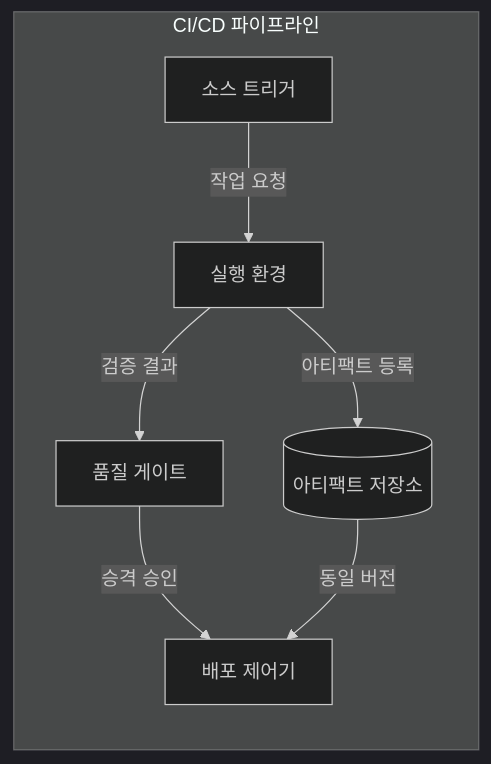
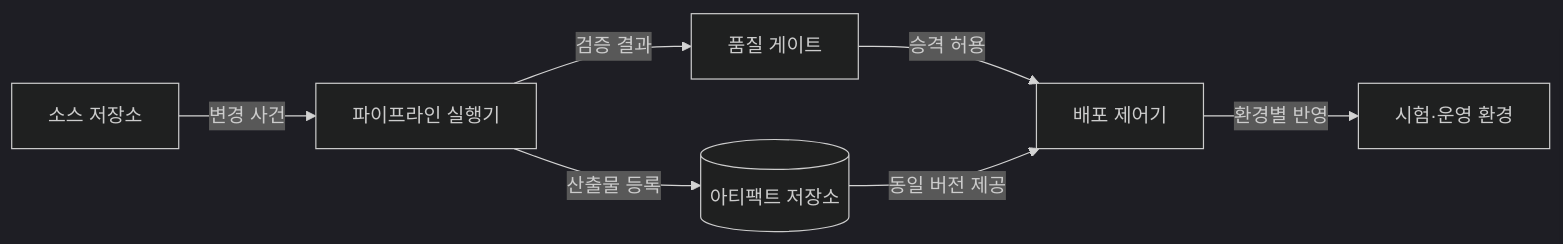
The first of 2 diagrams in src/content/docs/notes/03-software/053_ci_cd_pipeline.md (agnusdei1207/knowledge-base), drawn with Mermaid (dark theme) before and after one commit. The commit also changed other lines of this file and 7 other files, not shown here.

````diff
--- a/src/content/docs/notes/03-software/053_ci_cd_pipeline.md
+++ b/src/content/docs/notes/03-software/053_ci_cd_pipeline.md
@@ -62,15 +55,9 @@
 ```mermaid
 flowchart LR
-    subgraph P[CI/CD 파이프라인]
-        T[소스 트리거]
-        E[실행 환경]
-        Q[품질 게이트]
-        A[(아티팩트 저장소)]
-        D[배포 제어기]
-        T -->|작업 요청| E
-        E -->|검증 결과| Q
-        E -->|아티팩트 등록| A
-        Q -->|승격 승인| D
-        A -->|동일 버전| D
-    end
+    S[소스 저장소] -->|변경 사건| R[파이프라인 실행기]
+    R -->|검증 결과| Q[품질 게이트]
+    R -->|산출물 등록| A[(아티팩트 저장소)]
+    Q -->|승격 허용| D[배포 제어기]
+    A -->|동일 버전 제공| D
+    D -->|환경별 반영| E[시험·운영 환경]
 ```
````
